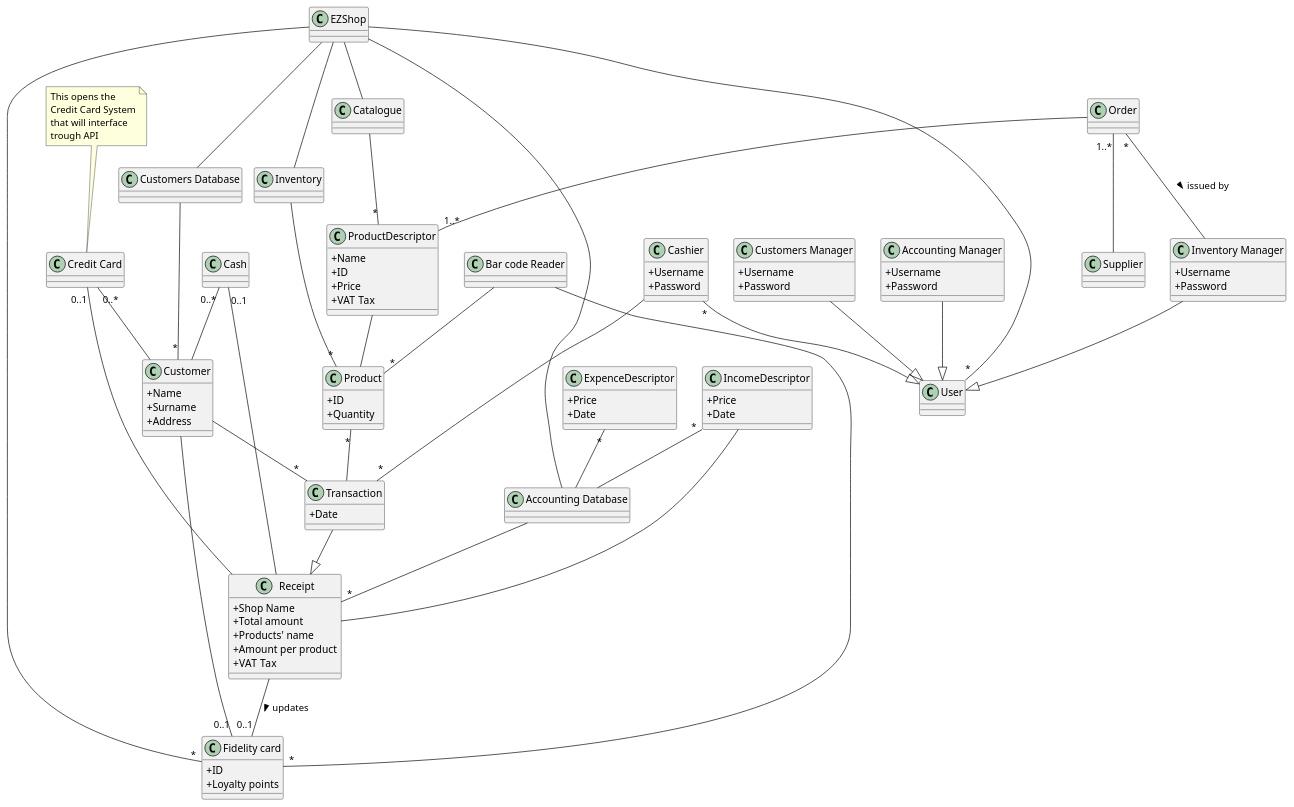
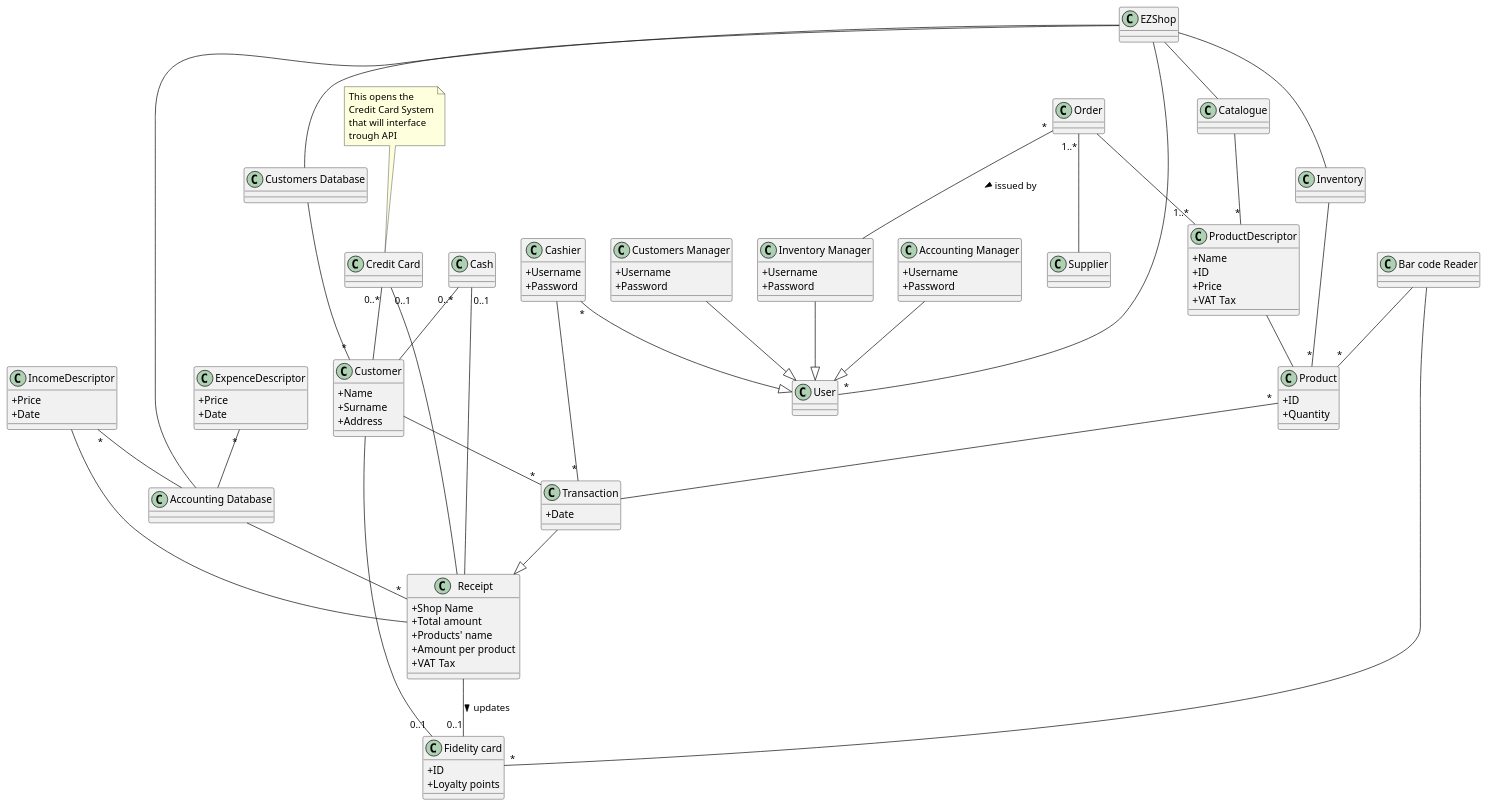
Before and after one commit to GrayNeel/SoftEngProject-EZShop: the third of 5 diagrams in Deliverables/RequirementsDocument.md, drawn with PlantUML.

Commit message:
fix(Requirements): quick fix

```diff
--- a/Deliverables/RequirementsDocument.md
+++ b/Deliverables/RequirementsDocument.md
@@ -547,7 +547,6 @@
 
 }
 
-ez --"*" fc
 ez --"*" u
 ez -- ca
 ez -- i
```
